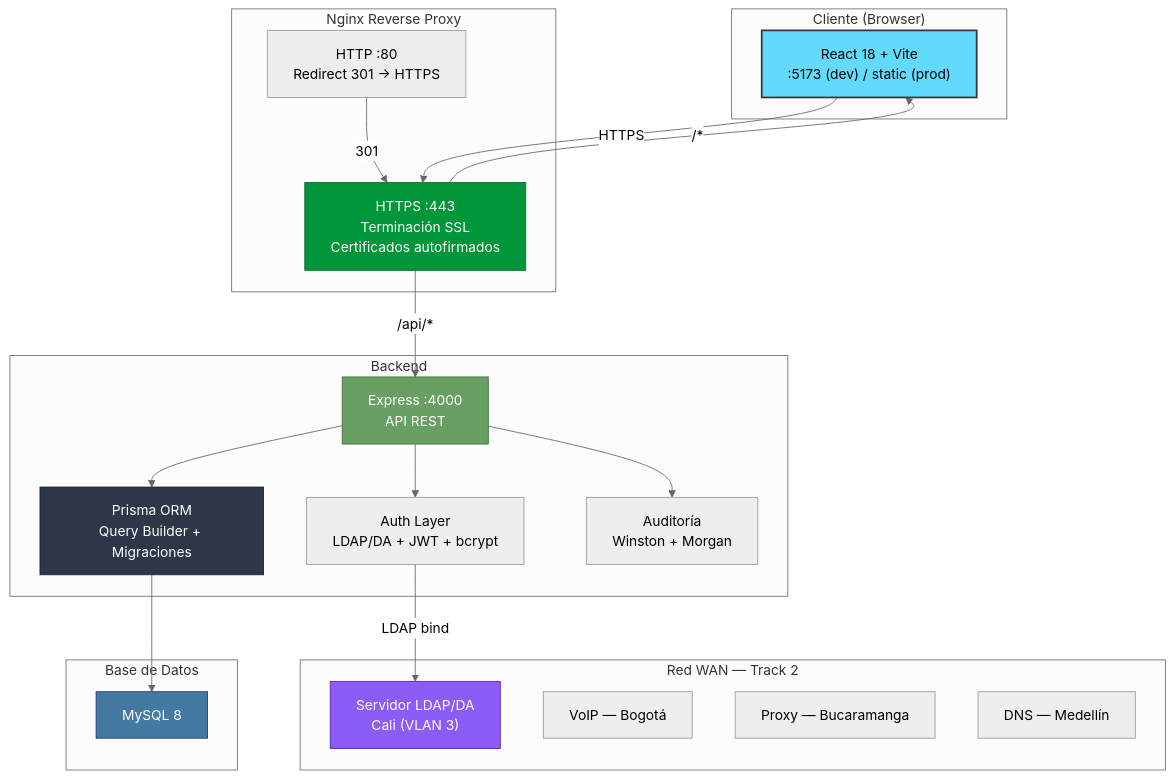
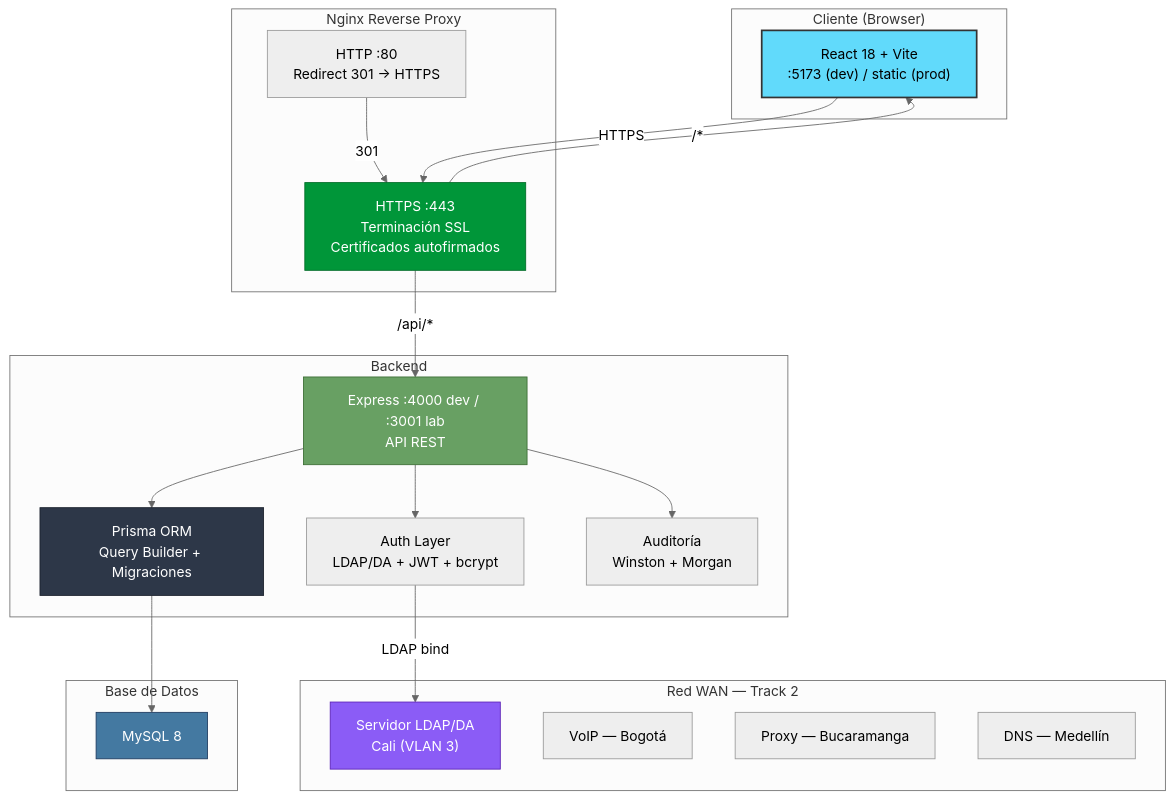
One commit to Dabji/Turismo-Cali-UPB changed the first of 5 diagrams in docs/architecture/system-design.md. Above: the diagram before and after it, drawn with Mermaid (neutral theme). The commit also changed other lines of this file and 56 other files, not shown here.

````diff
--- a/docs/architecture/system-design.md
+++ b/docs/architecture/system-design.md
@@ -32,46 +49,46 @@
 ```mermaid
 graph TD
     subgraph CLIENTE["Cliente (Browser)"]
         FE["React 18 + Vite\n:5173 (dev) / static (prod)"]
     end
 
     subgraph NGINX["Nginx Reverse Proxy"]
         N443["HTTPS :443\nTerminación SSL\nCertificados autofirmados"]
         N80["HTTP :80\nRedirect 301 → HTTPS"]
     end
 
     subgraph SERVIDOR["Backend"]
-        EXP["Express :4000\nAPI REST"]
+        EXP["Express :4000 dev / :3001 lab\nAPI REST"]
         PRISMA["Prisma ORM\nQuery Builder + Migraciones"]
         AUTH["Auth Layer\nLDAP/DA + JWT + bcrypt"]
         AUDIT["Auditoría\nWinston + Morgan"]
     end
 
     subgraph BD["Base de Datos"]
         MYSQL["MySQL 8"]
     end
 
     subgraph WAN["Red WAN — Track 2"]
         LDAP["Servidor LDAP/DA\nCali (VLAN 3)"]
         VOIP["VoIP — Bogotá"]
         PROXY["Proxy — Bucaramanga"]
         DNS["DNS — Medellín"]
     end
 
     FE -->|"HTTPS"| N443
     N80 -->|"301"| N443
     N443 -->|"/api/*"| EXP
     N443 -->|"/*"| FE
     EXP --> PRISMA
     PRISMA --> MYSQL
     EXP --> AUTH
     AUTH -->|"LDAP bind"| LDAP
     EXP --> AUDIT
 
     style FE fill:#61DAFB,stroke:#333,stroke-width:2px,color:#000
     style N443 fill:#009639,stroke:#006B27,color:#fff
     style EXP fill:#68A063,stroke:#3C6E35,color:#fff
     style PRISMA fill:#2D3748,stroke:#1A202C,color:#fff
     style MYSQL fill:#4479A1,stroke:#1E3A5F,color:#fff
     style LDAP fill:#8B5CF6,stroke:#5B21B6,color:#fff
 ```
````
